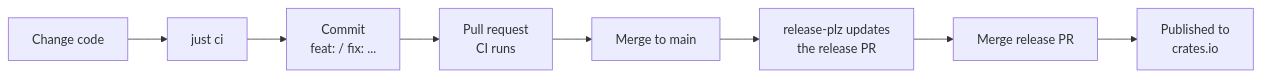
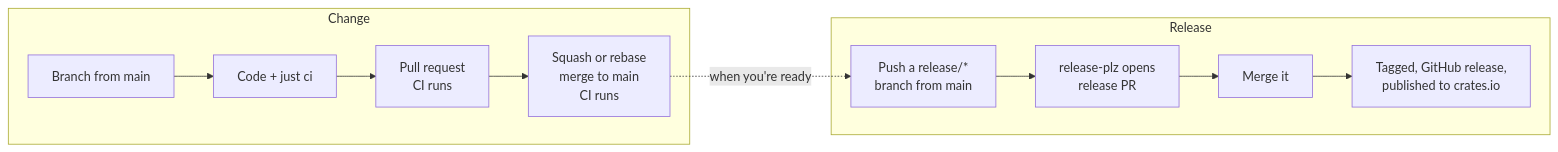
One commit to sreea05/rust changed the diagram in README.md. Above: the diagram before and after it, drawn with Mermaid. The commit also changed other lines of this file, not shown here.

First line of the commit message:
docs: update the README for protected main and release branches

````diff
--- a/README.md
+++ b/README.md
@@ -111,10 +111,14 @@
 ```mermaid
 flowchart LR
-    A[Change code] --> B[just ci]
-    B --> C[Commit<br/>feat: / fix: ...]
-    C --> D[Pull request<br/>CI runs]
-    D --> E[Merge to main]
-    E --> F[release-plz updates<br/>the release PR]
-    F --> G[Merge release PR]
-    G --> H[Published to<br/>crates.io]
+    subgraph Change
+        A[Branch from main] --> B[Code + just ci]
+        B --> C[Pull request<br/>CI runs]
+        C --> D[Squash or rebase<br/>merge to main<br/>CI runs]
+    end
+    subgraph Release
+        E[Push a release/*<br/>branch from main] --> F[release-plz opens<br/>release PR]
+        F --> G[Merge it]
+        G --> H[Tagged, GitHub release,<br/>published to crates.io]
+    end
+    D -. when you're ready .-> E
 ```
````
